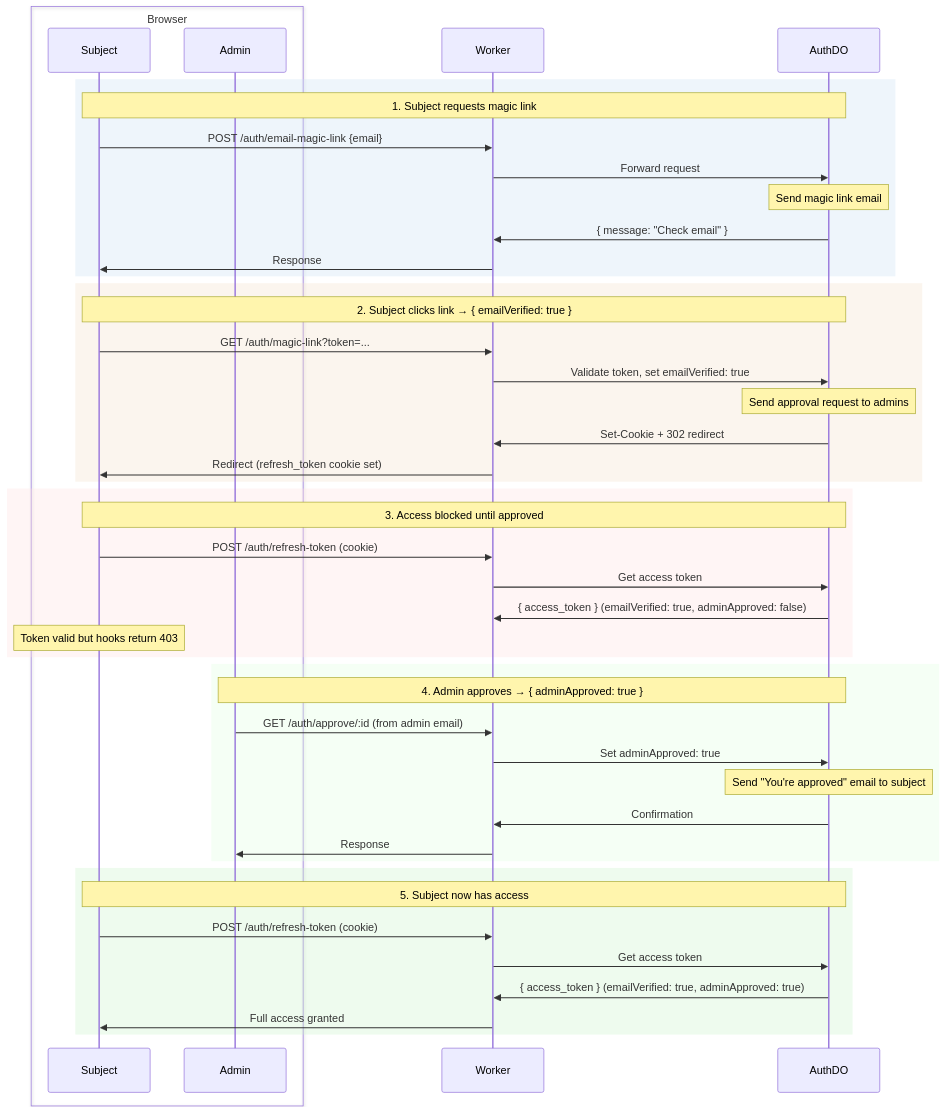
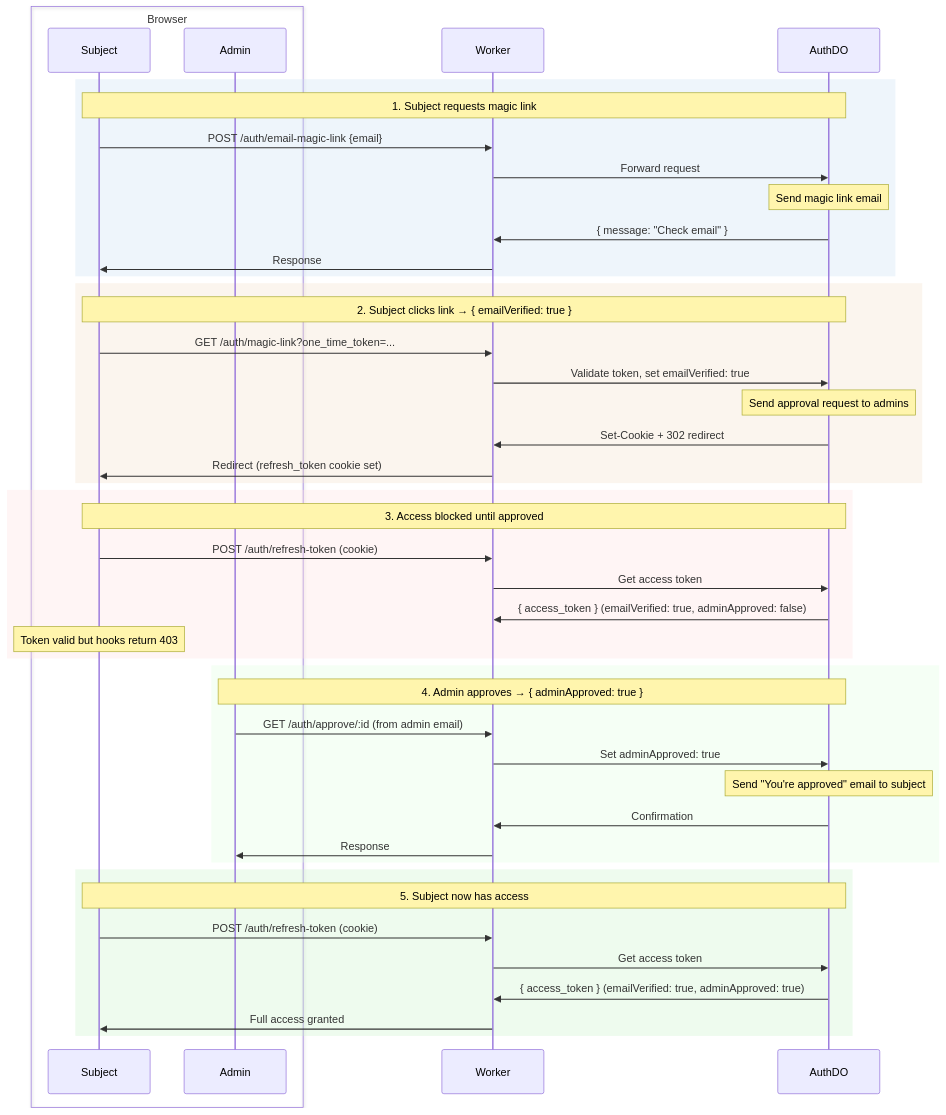
The first of 2 diagrams in website/docs/auth/index.mdx (lumenize/lumenize), drawn with Mermaid before and after one commit. The commit also changed other lines of this file and 15 other files, not shown here.

````diff
--- a/website/docs/auth/index.mdx
+++ b/website/docs/auth/index.mdx
@@ -64,52 +64,52 @@
 ```mermaid
 sequenceDiagram
     box Browser
         participant Subject
         participant Admin
     end
     participant Worker
     participant AuthDO
 
     rect rgba(200, 220, 240, 0.3)
         Note over Subject,AuthDO: 1. Subject requests magic link
         Subject->>Worker: POST /auth/email-magic-link {email}
         Worker->>AuthDO: Forward request
         Note over AuthDO: Send magic link email
         AuthDO->>Worker: { message: "Check email" }
         Worker->>Subject: Response
     end
 
     rect rgba(240, 220, 200, 0.3)
         Note over Subject,AuthDO: 2. Subject clicks link → { emailVerified: true }
-        Subject->>Worker: GET /auth/magic-link?token=...
+        Subject->>Worker: GET /auth/magic-link?one_time_token=...
         Worker->>AuthDO: Validate token, set emailVerified: true
         Note over AuthDO: Send approval request to admins
         AuthDO->>Worker: Set-Cookie + 302 redirect
         Worker->>Subject: Redirect (refresh_token cookie set)
     end
 
     rect rgba(255, 220, 220, 0.3)
         Note over Subject,AuthDO: 3. Access blocked until approved
         Subject->>Worker: POST /auth/refresh-token (cookie)
         Worker->>AuthDO: Get access token
         AuthDO->>Worker: { access_token } (emailVerified: true, adminApproved: false)
         Note over Subject: Token valid but hooks return 403
     end
 
     rect rgba(220, 255, 220, 0.3)
         Note over Admin,AuthDO: 4. Admin approves → { adminApproved: true }
         Admin->>Worker: GET /auth/approve/:id (from admin email)
         Worker->>AuthDO: Set adminApproved: true
         Note over AuthDO: Send "You're approved" email to subject
         AuthDO->>Worker: Confirmation
         Worker->>Admin: Response
     end
 
     rect rgba(200, 240, 200, 0.3)
         Note over Subject,AuthDO: 5. Subject now has access
         Subject->>Worker: POST /auth/refresh-token (cookie)
         Worker->>AuthDO: Get access token
         AuthDO->>Worker: { access_token } (emailVerified: true, adminApproved: true)
         Worker->>Subject: Full access granted
     end
 ```
````
